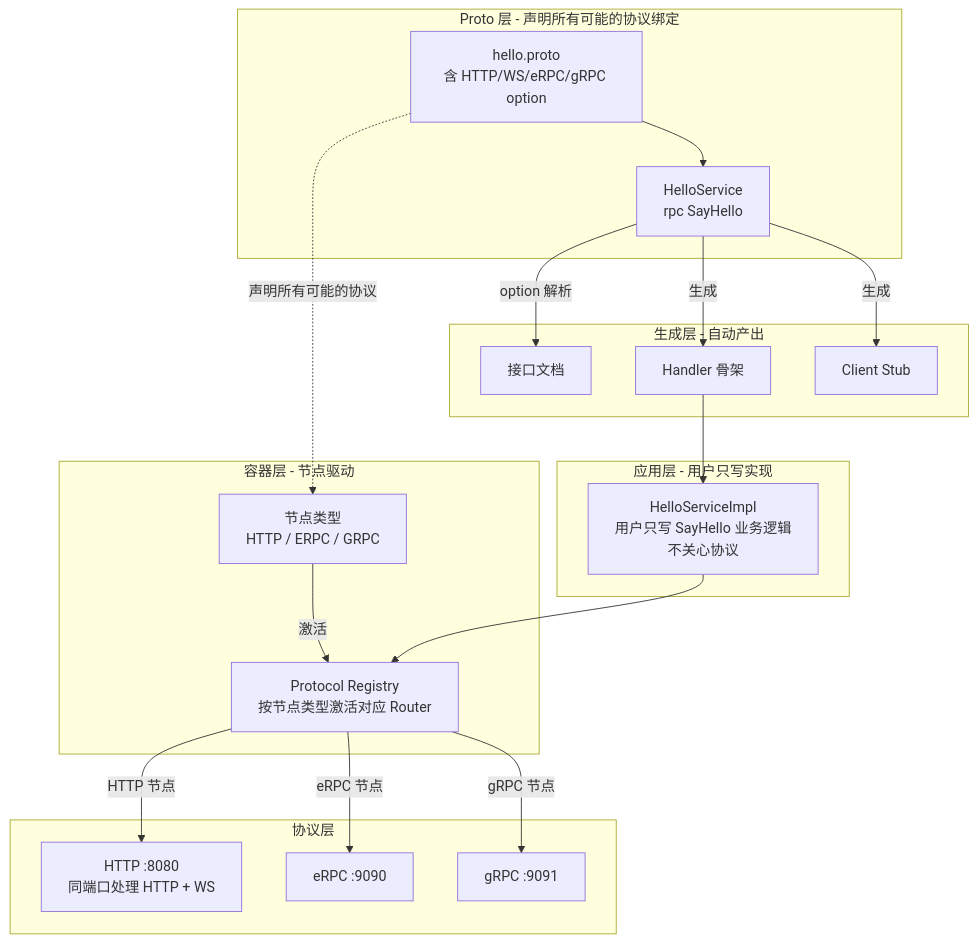
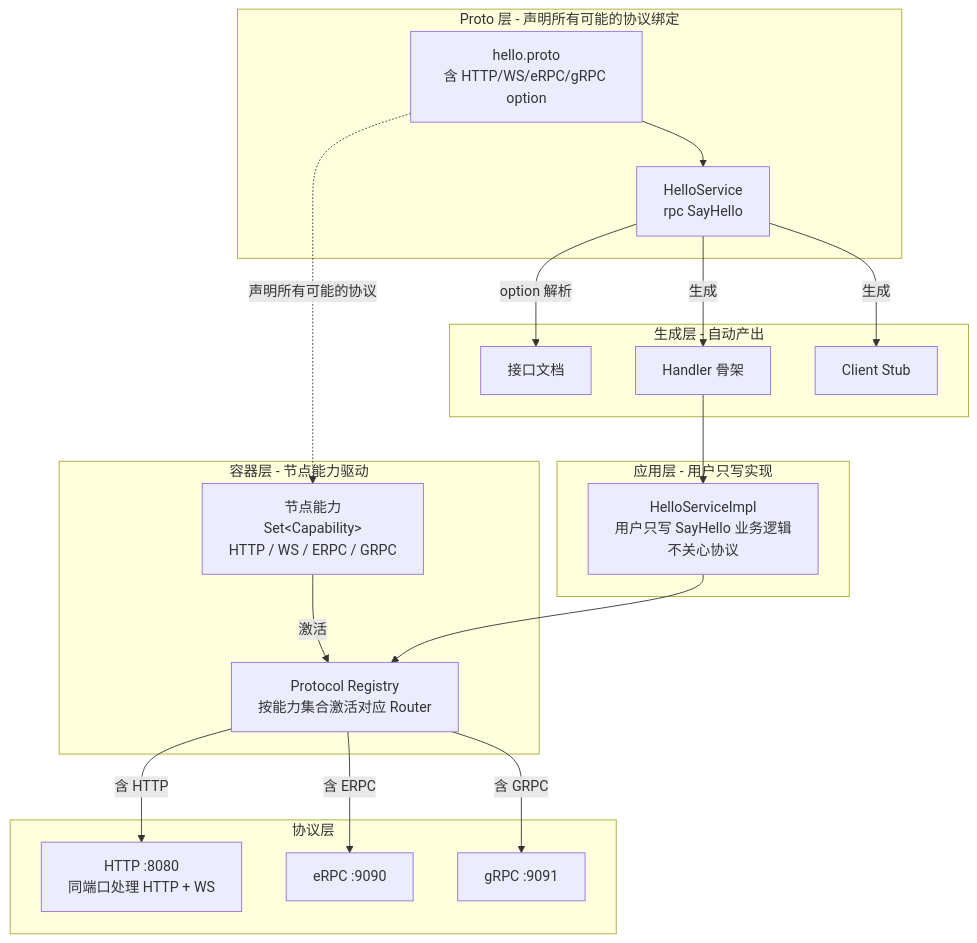
Before and after one commit to edap-io/edap: the eighth of 42 diagrams in README.md, drawn with Mermaid. The commit also changed other lines of this file and 22 other files, not shown here.

````diff
--- a/README.md
+++ b/README.md
@@ -601,41 +601,41 @@
 ```mermaid
 graph TB
     subgraph ProtoLayer [Proto 层 - 声明所有可能的协议绑定]
         Proto[hello.proto<br/>含 HTTP/WS/eRPC/gRPC option]
         Service[HelloService<br/>rpc SayHello]
     end
 
     subgraph GenLayer [生成层 - 自动产出]
         Doc[接口文档]
         Srv[Handler 骨架]
         Cli[Client Stub]
     end
 
     subgraph AppLayer [应用层 - 用户只写实现]
         Impl[HelloServiceImpl<br/>用户只写 SayHello 业务逻辑<br/>不关心协议]
     end
 
-    subgraph ContainerLayer [容器层 - 节点驱动]
-        NodeType[节点类型<br/>HTTP / ERPC / GRPC]
-        Reg[Protocol Registry<br/>按节点类型激活对应 Router]
+    subgraph ContainerLayer [容器层 - 节点能力驱动]
+        Caps[节点能力<br/>Set&lt;Capability&gt;<br/>HTTP / WS / ERPC / GRPC]
+        Reg[Protocol Registry<br/>按能力集合激活对应 Router]
     end
 
     subgraph ProtocolLayer [协议层]
         HTTP[HTTP :8080<br/>同端口处理 HTTP + WS]
         ERPC[eRPC :9090]
         GRPC[gRPC :9091]
     end
 
     Proto --> Service
     Service -->|option 解析| Doc
     Service -->|生成| Srv
     Service -->|生成| Cli
     Srv --> Impl
 
-    Proto -.声明所有可能的协议.-> NodeType
-    NodeType -->|激活| Reg
+    Proto -.声明所有可能的协议.-> Caps
+    Caps -->|激活| Reg
     Impl --> Reg
-    Reg -->|HTTP 节点| HTTP
-    Reg -->|eRPC 节点| ERPC
-    Reg -->|gRPC 节点| GRPC
+    Reg -->|含 HTTP| HTTP
+    Reg -->|含 ERPC| ERPC
+    Reg -->|含 GRPC| GRPC
 ```
````
